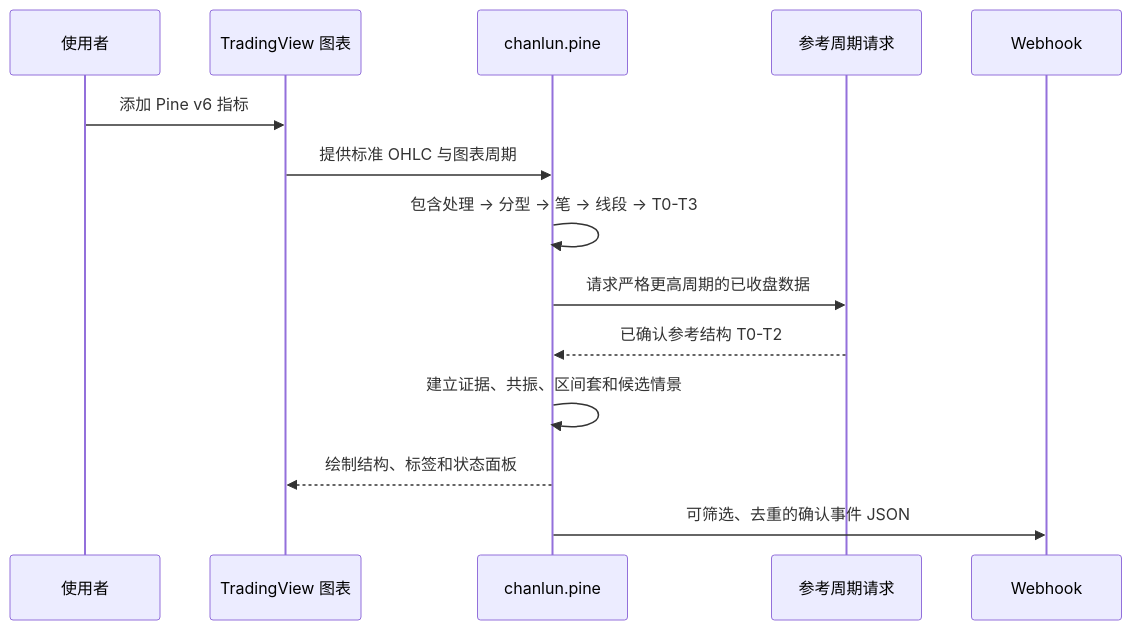
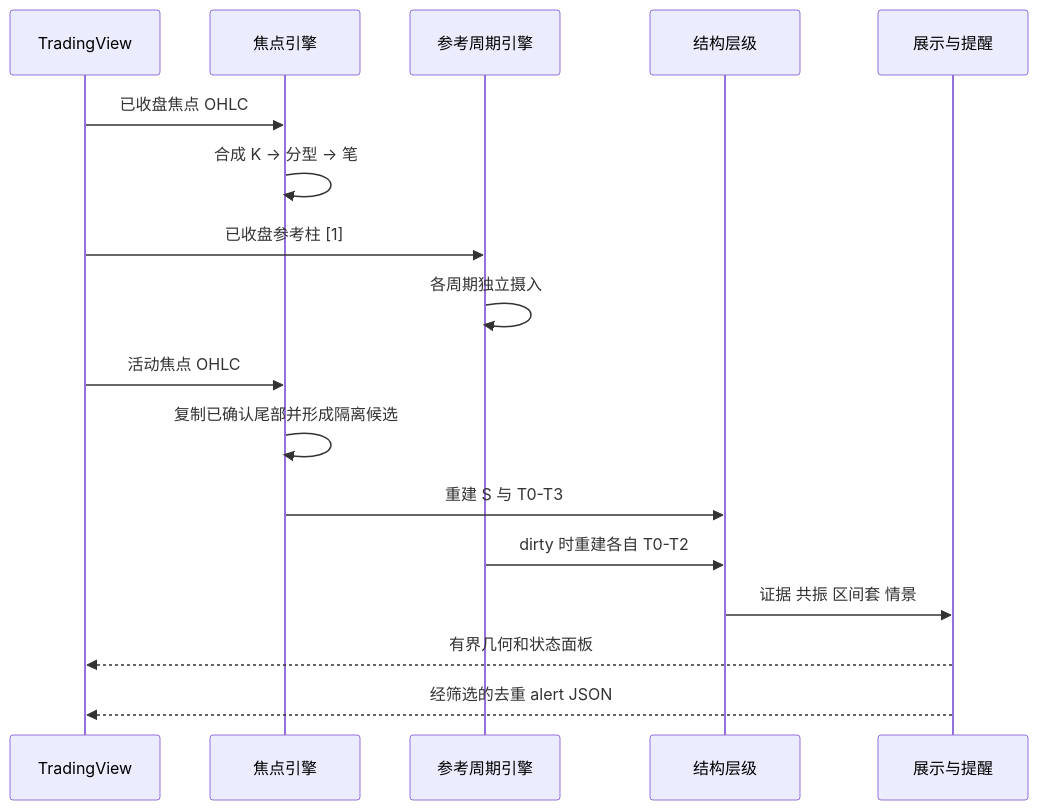
One commit to crossly/chanlun-for-tradingview changed the diagram in brain/flow.md. Above: the diagram before and after it, drawn with Mermaid. The commit also changed other lines of this file and 12 other files, not shown here.

````diff
--- a/brain/flow.md
+++ b/brain/flow.md
@@ -14,16 +12,19 @@
 ```mermaid
 sequenceDiagram
-  participant U as 使用者
-  participant TV as TradingView 图表
-  participant P as chanlun.pine
-  participant R as 参考周期请求
-  participant W as Webhook
-  U->>TV: 添加 Pine v6 指标
-  TV->>P: 提供标准 OHLC 与图表周期
-  P->>P: 包含处理 -> 分型 -> 笔 -> 线段 -> T0-T3
-  P->>R: 请求严格更高周期的已收盘数据
-  R-->>P: 已确认参考结构 T0-T2
-  P->>P: 建立证据、共振、区间套和候选情景
-  P-->>TV: 绘制结构、标签和状态面板
-  P->>W: 可筛选、去重的确认事件 JSON
+  participant TV as TradingView
+  participant F as 焦点引擎
+  participant R as 参考周期引擎
+  participant H as 结构层级
+  participant O as 展示与提醒
+  TV->>F: 已收盘焦点 OHLC
+  F->>F: 合成 K -> 分型 -> 笔
+  TV->>R: 已收盘参考柱 [1]
+  R->>R: 各周期独立摄入
+  TV->>F: 活动焦点 OHLC
+  F->>F: 复制已确认尾部并形成隔离候选
+  F->>H: 重建 S 与 T0-T3
+  R->>H: dirty 时重建各自 T0-T2
+  H->>O: 证据 共振 区间套 情景
+  O-->>TV: 有界几何和状态面板
+  O-->>TV: 经筛选的去重 alert JSON
 ```
````
